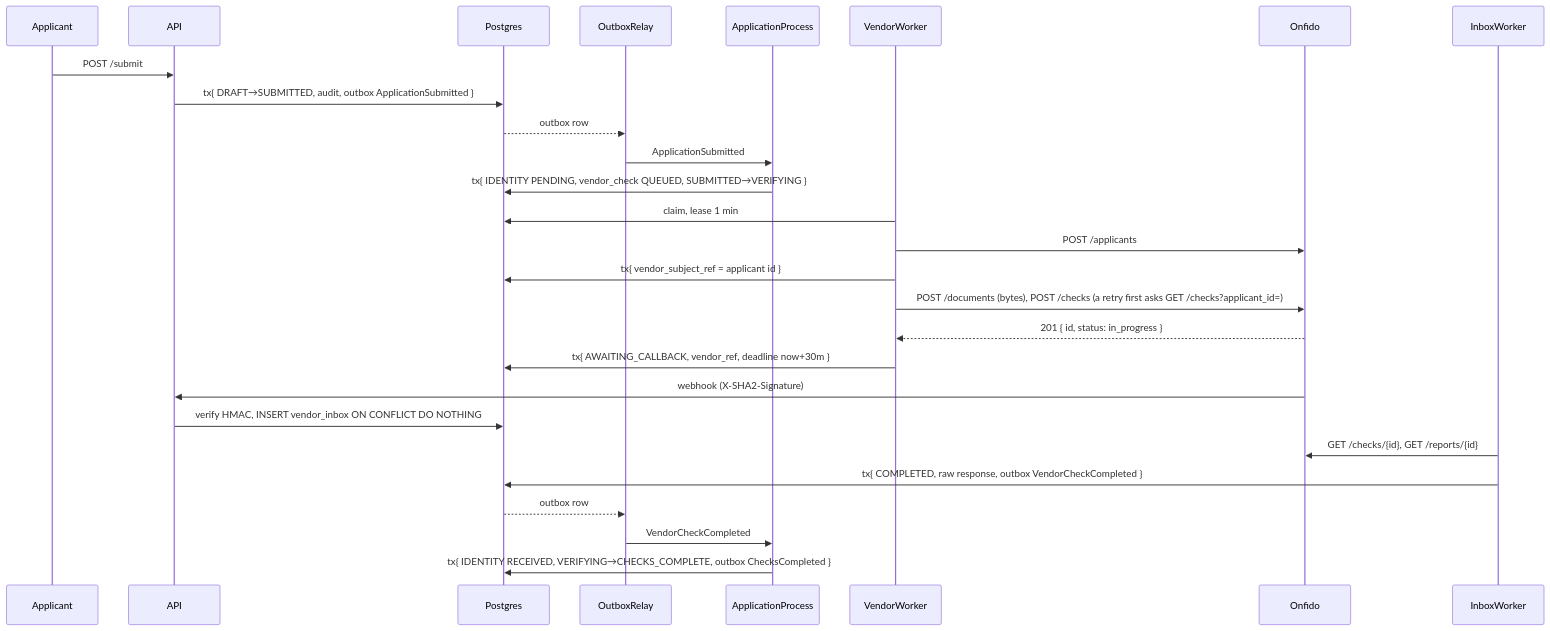
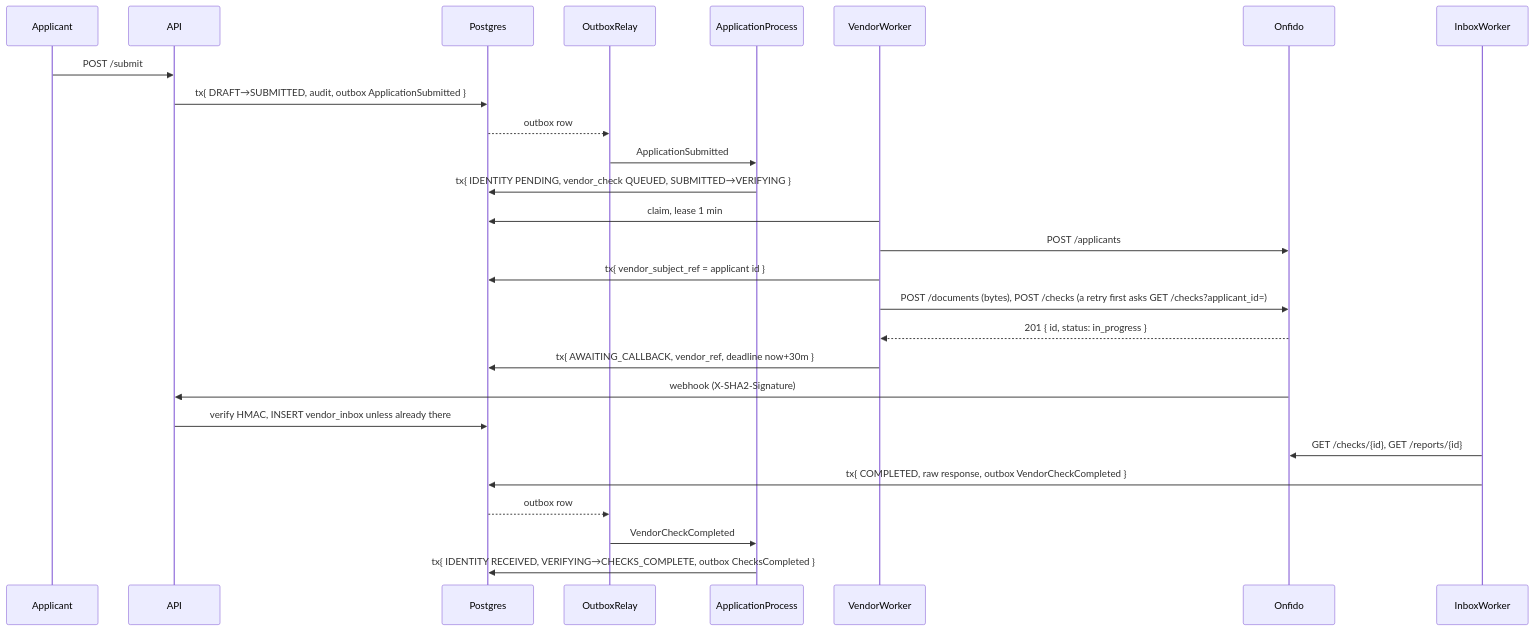
One commit to mettyoung/credit-card-system changed the fourth of 4 diagrams in docs/fr5-identity-verification.md. Above: the diagram before and after it, drawn with Mermaid. The commit also changed other lines of this file and 4 other files, not shown here.

````diff
--- a/docs/fr5-identity-verification.md
+++ b/docs/fr5-identity-verification.md
@@ -203,29 +203,29 @@
 ```mermaid
 sequenceDiagram
     participant P as Applicant
     participant API
     participant DB as Postgres
     participant RL as OutboxRelay
     participant PR as ApplicationProcess
     participant VW as VendorWorker
     participant ON as Onfido
     participant IW as InboxWorker
     P ->> API: POST /submit
     API ->> DB: tx{ DRAFT→SUBMITTED, audit, outbox ApplicationSubmitted }
     DB -->> RL: outbox row
     RL ->> PR: ApplicationSubmitted
     PR ->> DB: tx{ IDENTITY PENDING, vendor_check QUEUED, SUBMITTED→VERIFYING }
     VW ->> DB: claim, lease 1 min
     VW ->> ON: POST /applicants
     VW ->> DB: tx{ vendor_subject_ref = applicant id }
     VW ->> ON: POST /documents (bytes), POST /checks (a retry first asks GET /checks?applicant_id=)
     ON -->> VW: 201 { id, status: in_progress }
     VW ->> DB: tx{ AWAITING_CALLBACK, vendor_ref, deadline now+30m }
     ON ->> API: webhook (X-SHA2-Signature)
-    API ->> DB: verify HMAC, INSERT vendor_inbox ON CONFLICT DO NOTHING
+    API ->> DB: verify HMAC, INSERT vendor_inbox unless already there
     IW ->> ON: GET /checks/{id}, GET /reports/{id}
     IW ->> DB: tx{ COMPLETED, raw response, outbox VendorCheckCompleted }
     DB -->> RL: outbox row
     RL ->> PR: VendorCheckCompleted
     PR ->> DB: tx{ IDENTITY RECEIVED, VERIFYING→CHECKS_COMPLETE, outbox ChecksCompleted }
 ```
````
